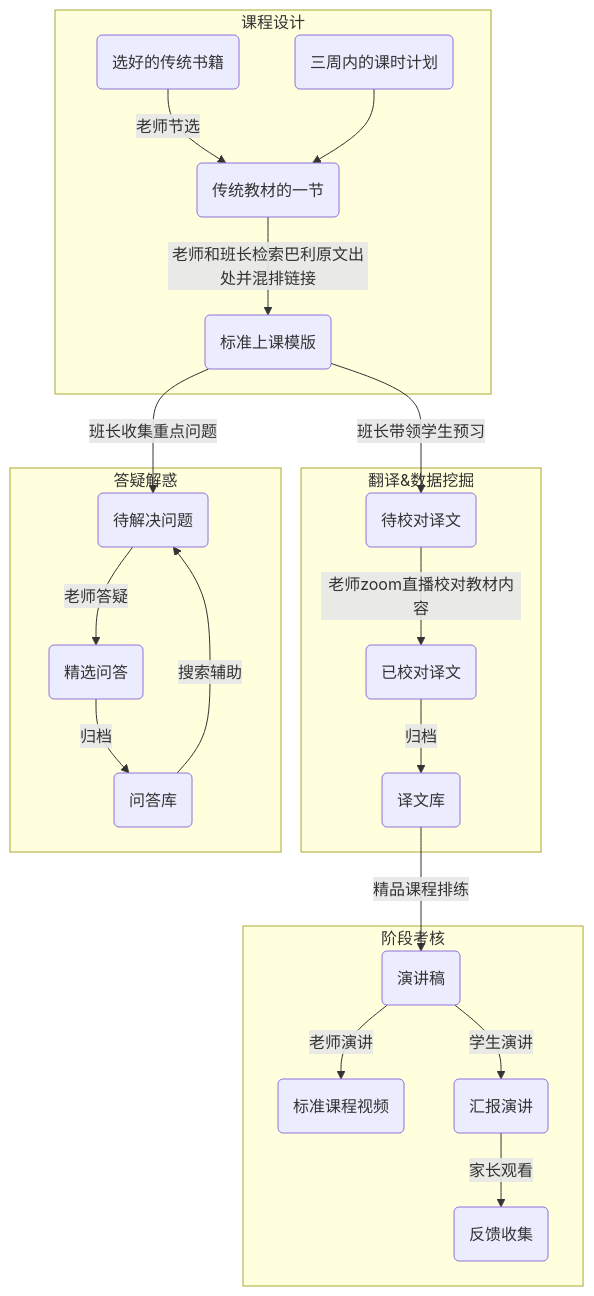
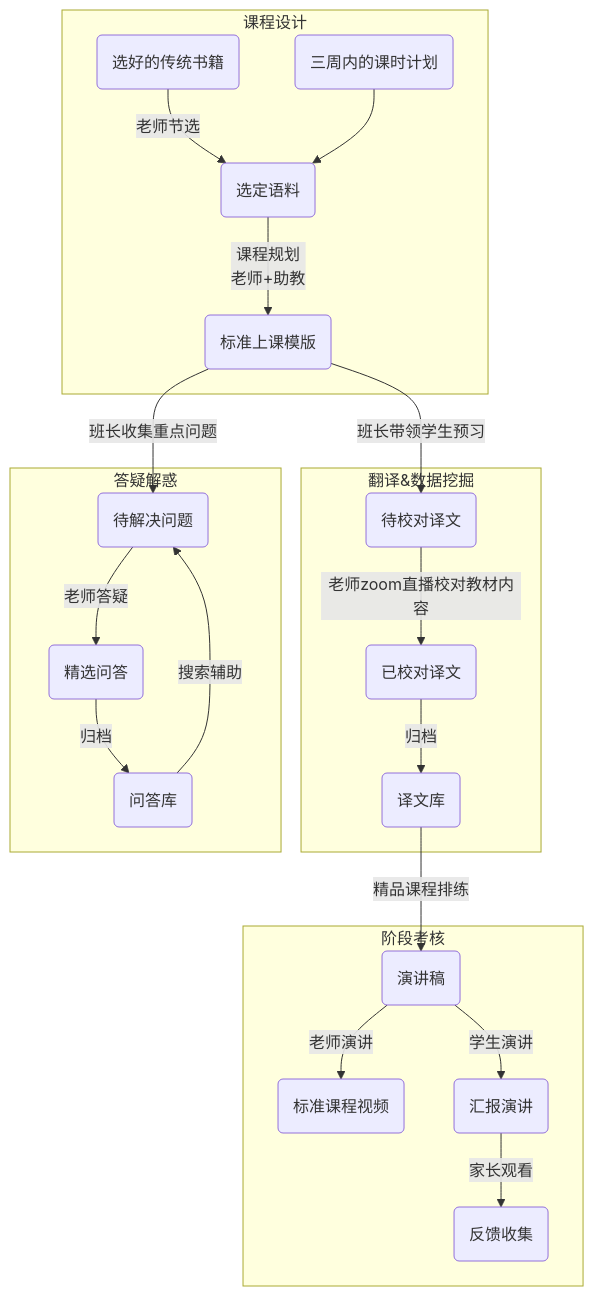
One commit to Bhikkhu-Kosalla/IAPT_Doc changed the diagram in 标准授课流程.md. Above: the diagram before and after it, drawn with Mermaid. The commit also changed 3 other files, not shown here.

```diff
--- a/标准授课流程.md
+++ b/标准授课流程.md
@@ -5,39 +5,39 @@
 <div class="mermaid">
 graph TD;
 A(选好的传统书籍);
 B(三周内的课时计划);
-C(传统教材的一节);
+C(选定语料);
 D(标准上课模版);
 E(待校对译文);
 F(待解决问题);
 G(精选问答);
 H(已校对译文);
 I(译文库);
 J(问答库);
 K(演讲稿);
 L(标准课程视频);
 M(汇报演讲);
 N(反馈收集);
 subgraph 课程设计
 A--老师节选-->C;
 B-->C;
-C--老师和班长检索巴利原文出处并混排链接-->D;
+C--课程规划<br>老师+助教-->D;
 end;
 subgraph 翻译&数据挖掘
 D--班长带领学生预习-->E;
 E--老师zoom直播校对教材内容-->H;
 H--归档-->I;
 end
 subgraph 答疑解惑
 D--班长收集重点问题-->F;
 F--老师答疑-->G;
 G--归档-->J;
 J--搜索辅助-->F;
 end
 subgraph 阶段考核
 I--精品课程排练-->K;
 K--老师演讲-->L;
 K--学生演讲-->M;
 M--家长观看-->N;
 end
 </div>
```
